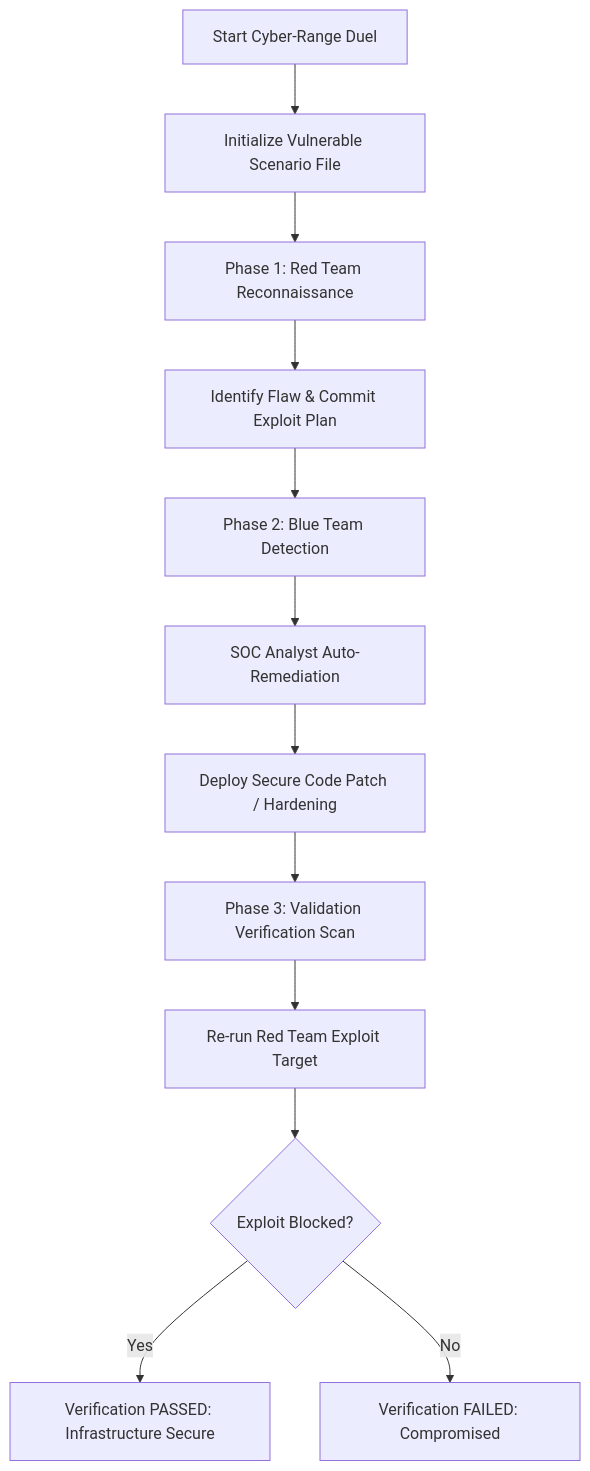
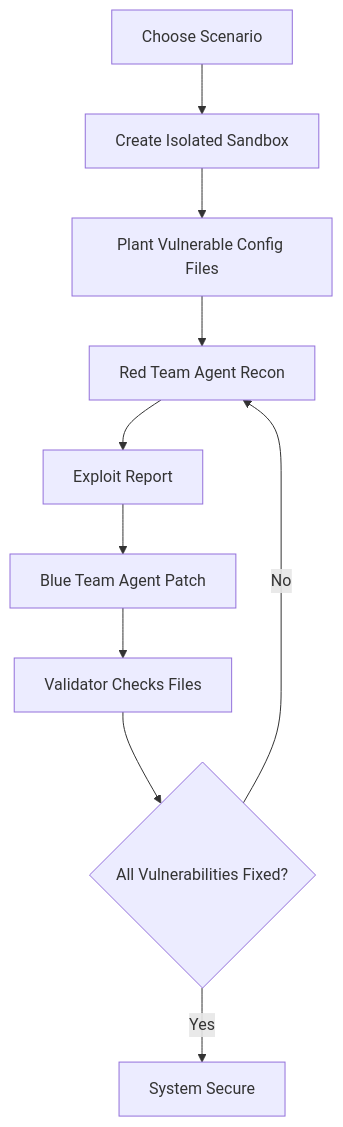
Before and after one commit to Vickyrrrrrr/vyber-cyber: the diagram in README.md, drawn with Mermaid. The commit also changed other lines of this file and 3 other files, not shown here.

First line of the commit message:
polish Vyber cyber-range experience

````diff
--- a/README.md
+++ b/README.md
@@ -27,14 +46,12 @@
 ```mermaid
 graph TD
-    A[Start Cyber-Range Duel] --> B[Initialize Vulnerable Scenario File]
-    B --> C[Phase 1: Red Team Reconnaissance]
-    C --> D[Identify Flaw & Commit Exploit Plan]
-    D --> E[Phase 2: Blue Team Detection]
-    E --> F[SOC Analyst Auto-Remediation]
-    F --> G[Deploy Secure Code Patch / Hardening]
-    G --> H[Phase 3: Validation Verification Scan]
-    H --> I[Re-run Red Team Exploit Target]
-    I --> J{Exploit Blocked?}
-    J -- Yes --> K[Verification PASSED: Infrastructure Secure]
-    J -- No --> L[Verification FAILED: Compromised]
+    A[Choose Scenario] --> B[Create Isolated Sandbox]
+    B --> C[Plant Vulnerable Config Files]
+    C --> D[Red Team Agent Recon]
+    D --> E[Exploit Report]
+    E --> F[Blue Team Agent Patch]
+    F --> G[Validator Checks Files]
+    G --> H{All Vulnerabilities Fixed?}
+    H -- No --> D
+    H -- Yes --> I[System Secure]
 ```
````
